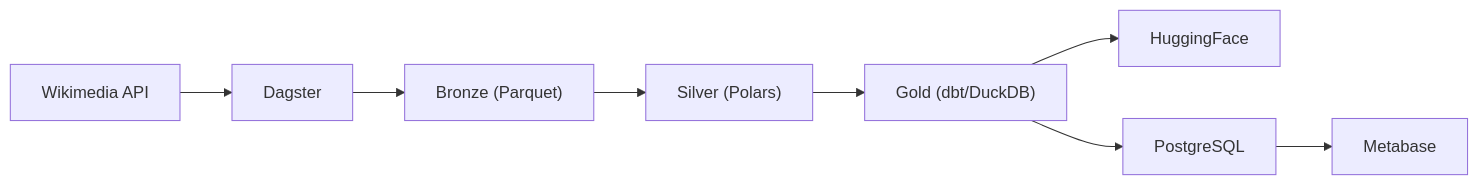
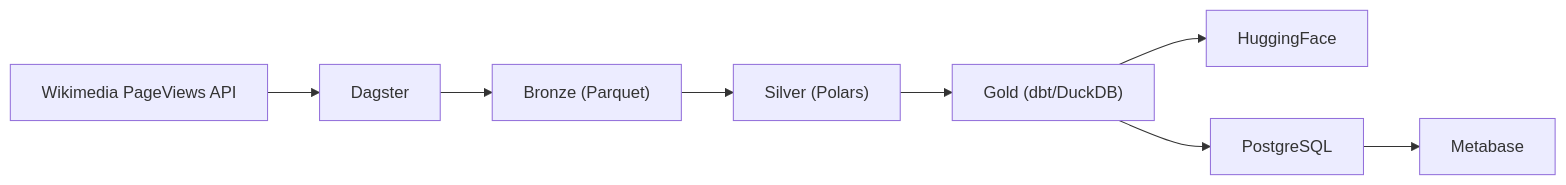
Before and after one commit to chahinMalek/enwiki-pageviews-api-etl: the diagram in README.md, drawn with Mermaid. The commit also changed 2 other files, not shown here.

Commit message:
updating docs for pageviews client

````diff
--- a/README.md
+++ b/README.md
@@ -14,11 +14,11 @@
 ```mermaid
 flowchart LR
-    A["Wikimedia API"] --> B["Dagster"]
+    A["Wikimedia PageViews API"] --> B["Dagster"]
     B --> C["Bronze (Parquet)"]
     C --> D["Silver (Polars)"]
     D --> E["Gold (dbt/DuckDB)"]
     E --> F["HuggingFace"]
 
     E --> G["PostgreSQL"]
     G --> H["Metabase"]
 ```
````
